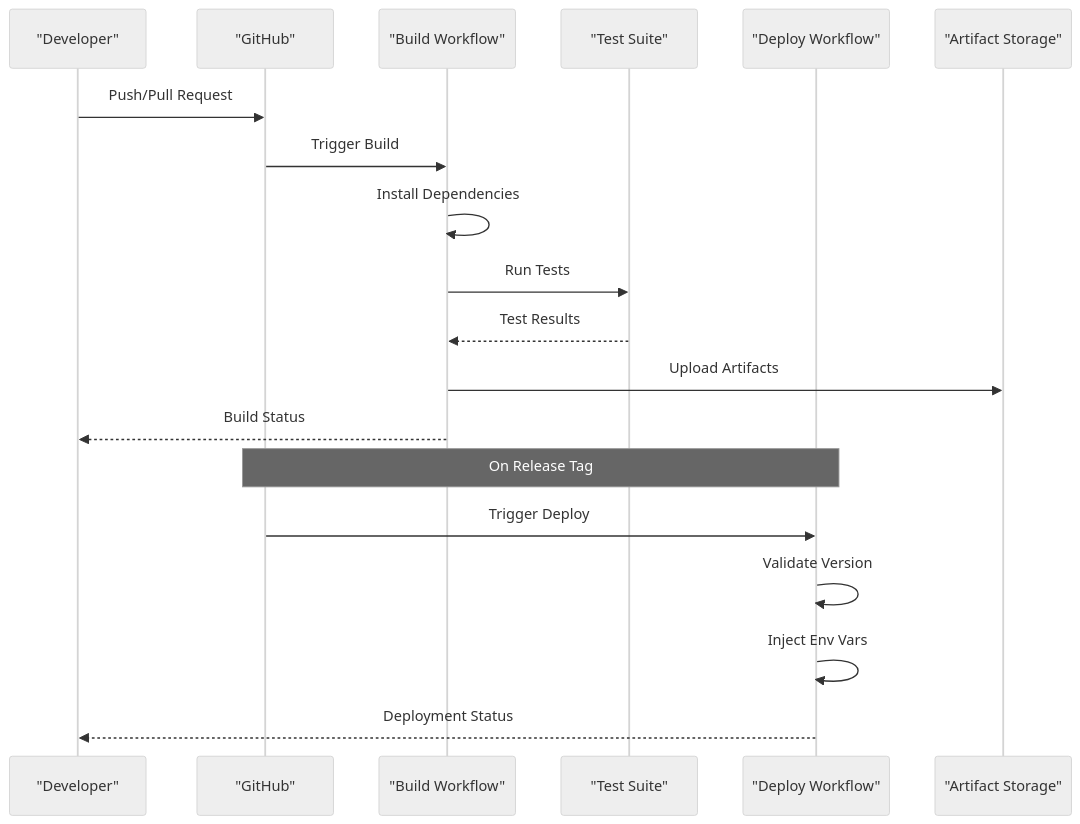
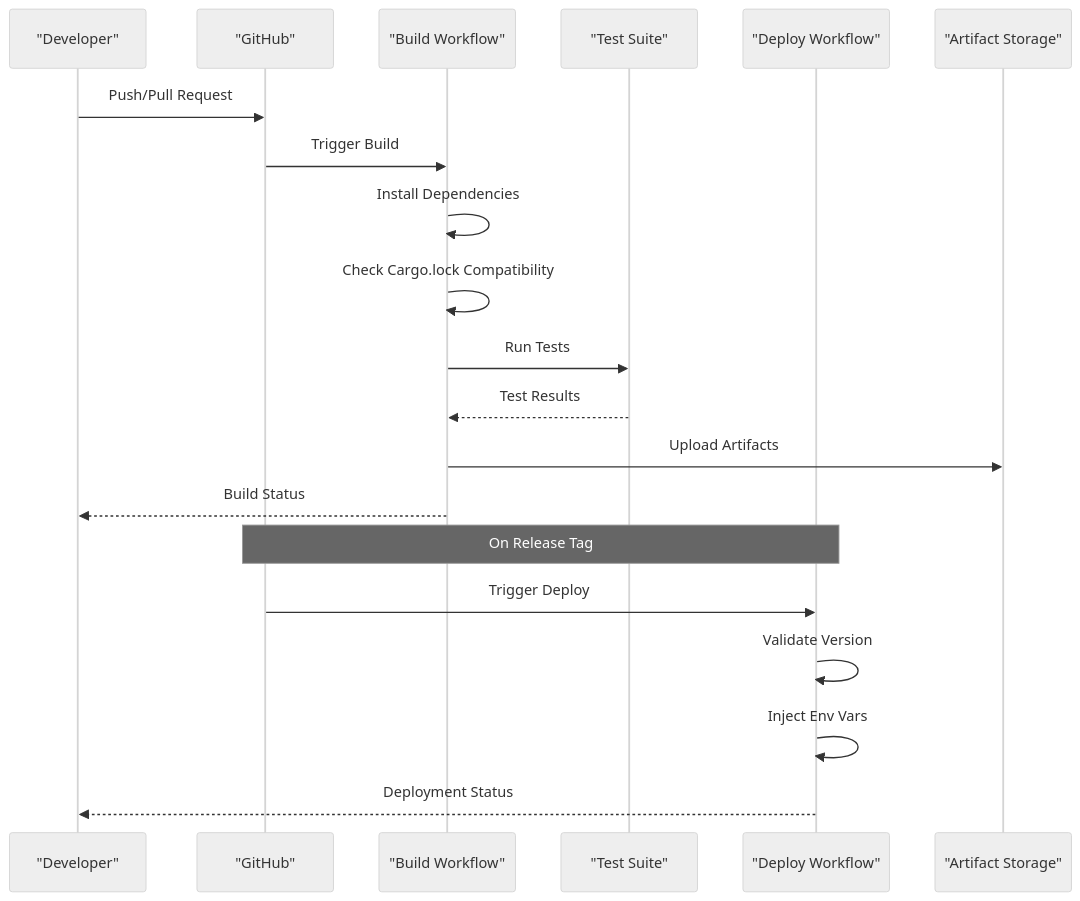
Before and after one commit to numan-cli/numan-plugins: the second of 7 diagrams in .qoder/repowiki/en/content/CI_CD Integration.md, drawn with Mermaid (neutral theme). The commit also changed other lines of this file and 17 other files, not shown here.

````diff
--- a/.qoder/repowiki/en/content/CI_CD Integration.md
+++ b/.qoder/repowiki/en/content/CI_CD Integration.md
@@ -118,21 +121,22 @@
 ```mermaid
 sequenceDiagram
 participant Dev as "Developer"
 participant GH as "GitHub"
 participant Build as "Build Workflow"
 participant Test as "Test Suite"
 participant Deploy as "Deploy Workflow"
 participant Artifacts as "Artifact Storage"
 Dev->>GH : Push/Pull Request
 GH->>Build : Trigger Build
 Build->>Build : Install Dependencies
+Build->>Build : Check Cargo.lock Compatibility
 Build->>Test : Run Tests
 Test-->>Build : Test Results
 Build->>Artifacts : Upload Artifacts
 Build-->>Dev : Build Status
 Note over GH,Deploy : On Release Tag
 GH->>Deploy : Trigger Deploy
 Deploy->>Deploy : Validate Version
 Deploy->>Deploy : Inject Env Vars
 Deploy-->>Dev : Deployment Status
 ```
````
